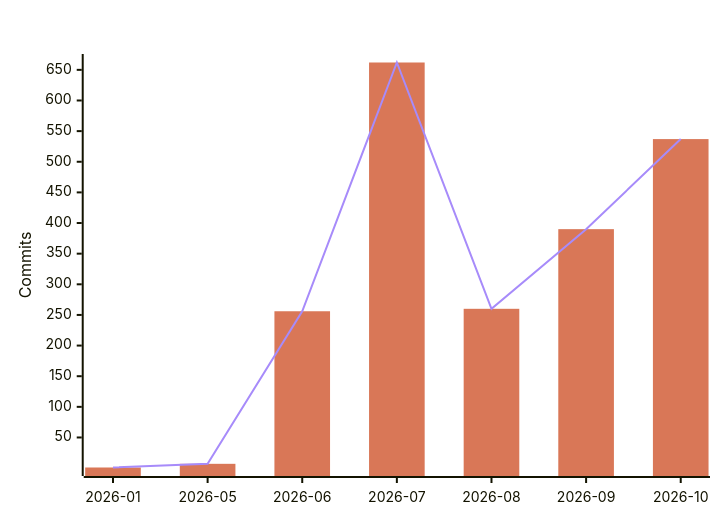
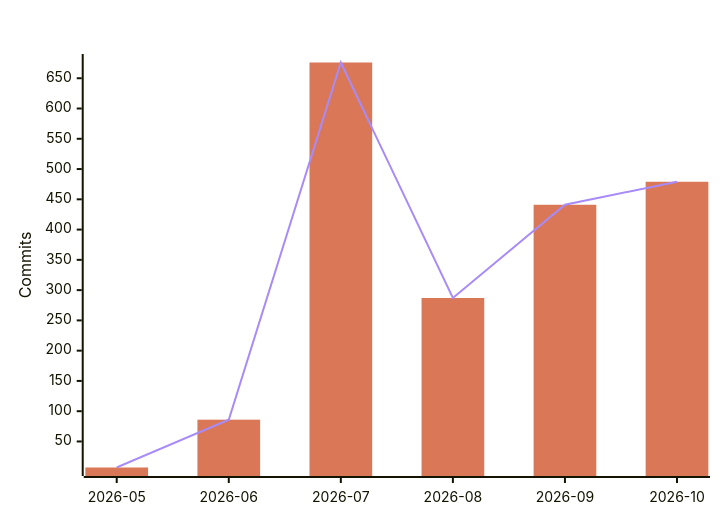
One commit to polo-nyan/polo-nyan changed the fourth of 7 diagrams in README.md. Above: the diagram before and after it, drawn with Mermaid. The commit also changed other lines of this file and 1 other file, not shown here.

````diff
--- a/README.md
+++ b/README.md
@@ -294,9 +294,9 @@
 ```mermaid
 %%{init: {"xyChart": {"titleColor": "#ffffff", "xAxisLabelColor": "#ffffff", "yAxisLabelColor": "#ffffff"}, "themeVariables": {"xyChart": {"titleColor": "#ffffff", "plotColorPalette": "#d97757, #a78bfa"}}}}%%
 xychart-beta
     title "AI-Assisted Commits Per Month"
-    x-axis ["2026-01", "2026-05", "2026-06", "2026-07", "2026-08", "2026-09", "2026-10"]
+    x-axis ["2026-05", "2026-06", "2026-07", "2026-08", "2026-09", "2026-10"]
     y-axis "Commits"
-    bar [1, 7, 256, 662, 260, 390, 537]
-    line [1, 7, 256, 662, 260, 390, 537]
+    bar [7, 86, 676, 287, 441, 479]
+    line [7, 86, 676, 287, 441, 479]
 ```
````
